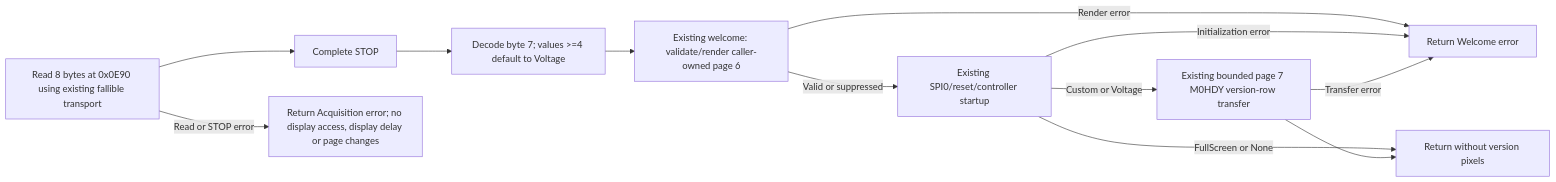
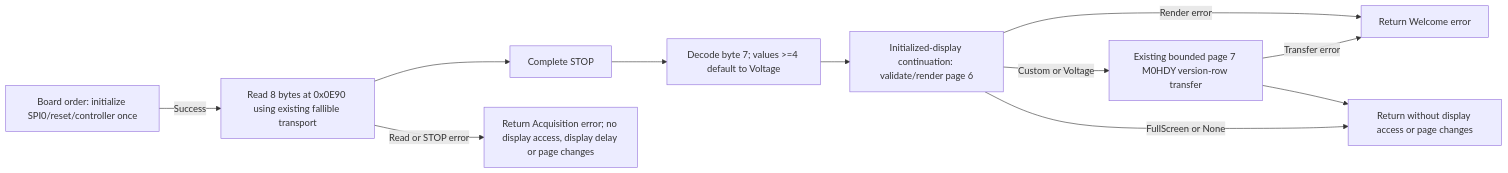
Before and after one commit to m0hdy/uv-k5-rust-firmware: the second of 2 diagrams in docs/startup-version-display.md, drawn with Mermaid. The commit also changed other lines of this file and 4 other files, not shown here.

First line of the commit message:
Continue EEPROM welcome without reinitializing the display (#301)

````diff
--- a/docs/startup-version-display.md
+++ b/docs/startup-version-display.md
@@ -133,14 +152,13 @@
 ```mermaid
 flowchart LR
+    BOARD["Board order: initialize SPI0/reset/controller once"] -->|Success| EEPROM
     EEPROM["Read 8 bytes at 0x0E90 using existing fallible transport"] --> STOP["Complete STOP"]
     EEPROM -->|Read or STOP error| ACQ["Return Acquisition error; no display access, display delay or page changes"]
     STOP --> MODE["Decode byte 7; values >=4 default to Voltage"]
-    MODE --> PLAN["Existing welcome: validate/render caller-owned page 6"]
-    PLAN -->|Valid or suppressed| INIT["Existing SPI0/reset/controller startup"]
+    MODE --> PLAN["Initialized-display continuation: validate/render page 6"]
     PLAN -->|Render error| ERR["Return Welcome error"]
-    INIT -->|Initialization error| ERR
-    INIT -->|Custom or Voltage| ROW["Existing bounded page 7 M0HDY version-row transfer"]
-    INIT -->|FullScreen or None| DONE["Return without version pixels"]
+    PLAN -->|Custom or Voltage| ROW["Existing bounded page 7 M0HDY version-row transfer"]
+    PLAN -->|FullScreen or None| DONE["Return without display access or page changes"]
     ROW -->|Transfer error| ERR
     ROW --> DONE
 ```
````
